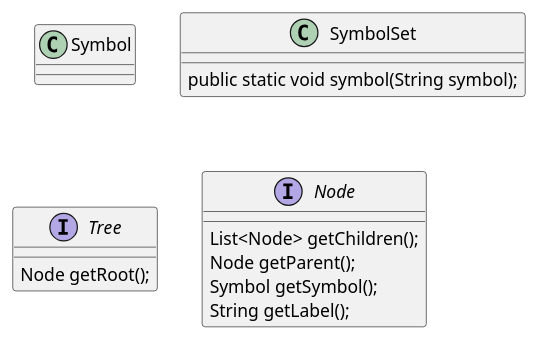
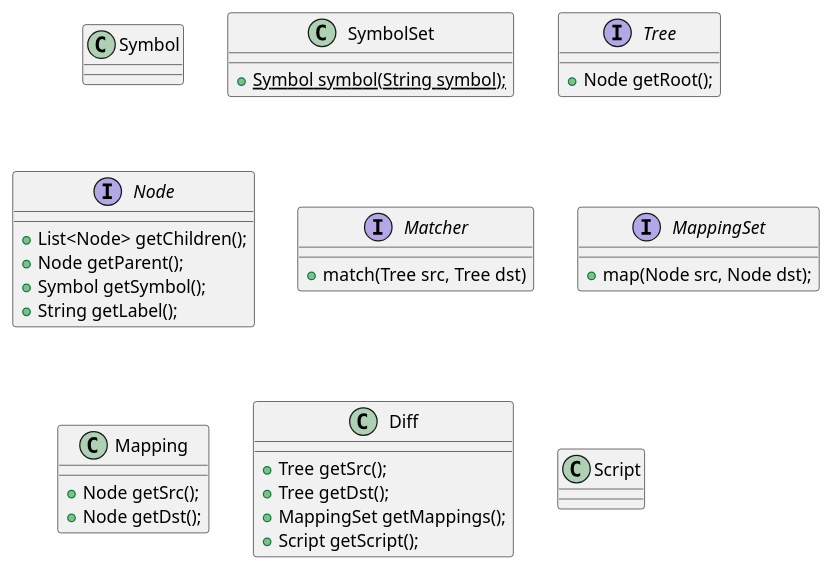
One commit to GumTreeDiff/gumtree changed the diagram in doc/gumtree.puml. Above: the diagram before and after it, drawn with PlantUML.

Commit message:
update doc [skip ci]

```diff
--- a/doc/gumtree.puml
+++ b/doc/gumtree.puml
@@ -1,20 +1,44 @@
-@startuml
+@startuml Core API
 class Symbol {
 }
 
 class SymbolSet {
-  public static void symbol(String symbol);
+  + {static} Symbol symbol(String symbol);
 }
 
 interface Tree {
-  Node getRoot();
+  + Node getRoot();
 }
 
 interface Node {
-  List<Node> getChildren();
-  Node getParent();
-  Symbol getSymbol();
-  String getLabel();
+  + List<Node> getChildren();
+  + Node getParent();
+  + Symbol getSymbol();
+  + String getLabel();
+}
+
+interface Matcher {
+  + match(Tree src, Tree dst)
+}
+
+interface MappingSet {
+  + map(Node src, Node dst);
+}
+
+class Mapping {
+  + Node getSrc();
+  + Node getDst();
+}
+
+class Diff {
+  + Tree getSrc();
+  + Tree getDst();
+  + MappingSet getMappings();
+  + Script getScript();
+}
+
+class Script {
+
 }
 
 @enduml
```
